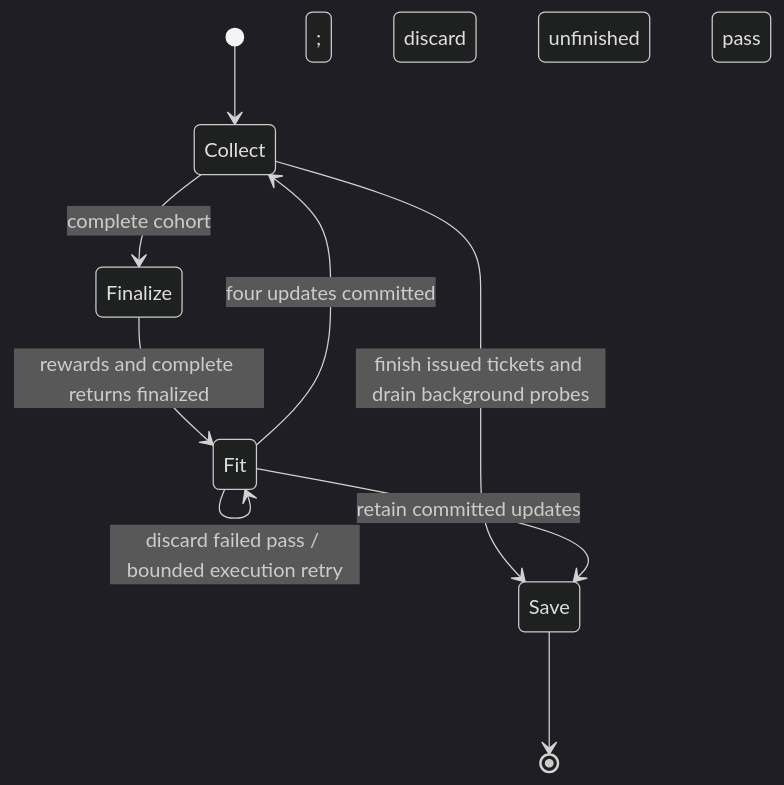
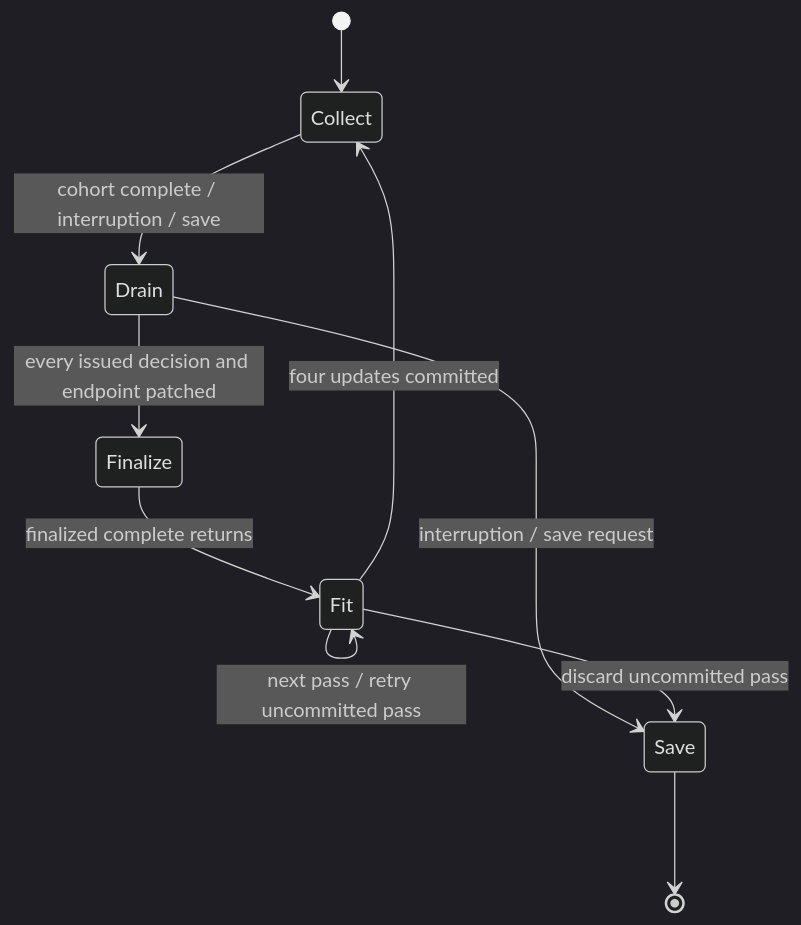
One commit to Comb1e/RL-Pvz changed the third of 3 diagrams in docs/architecture.md. Above: the diagram before and after it, drawn with Mermaid (dark theme). The commit also changed other lines of this file and 104 other files, not shown here.

````diff
--- a/docs/architecture.md
+++ b/docs/architecture.md
@@ -163,12 +150,12 @@
 ```mermaid
 stateDiagram-v2
     [*] --> Collect
-    Collect --> Finalize: complete cohort
-    Finalize --> Fit: rewards and complete returns finalized
-    Fit --> Fit: next whole-cohort pass
-    Fit --> Fit: discard failed pass / bounded execution retry
+    Collect --> Drain: cohort complete / interruption / save
+    Drain --> Finalize: every issued decision and endpoint patched
+    Finalize --> Fit: finalized complete returns
+    Fit --> Fit: next pass / retry uncommitted pass
     Fit --> Collect: four updates committed
-    Collect --> Save: finish issued tickets and drain background probes
-    Fit --> Save: retain committed updates; discard unfinished pass
+    Drain --> Save: interruption / save request
+    Fit --> Save: discard uncommitted pass
     Save --> [*]
 ```
````
